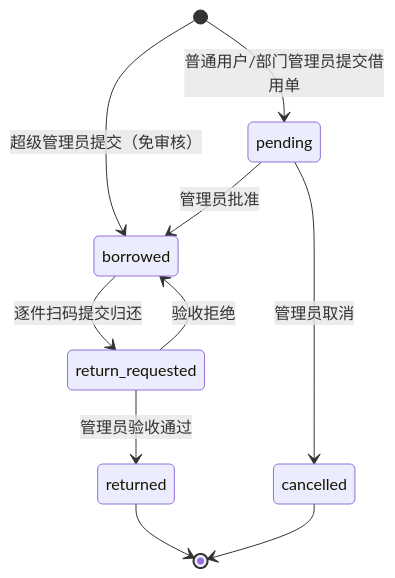
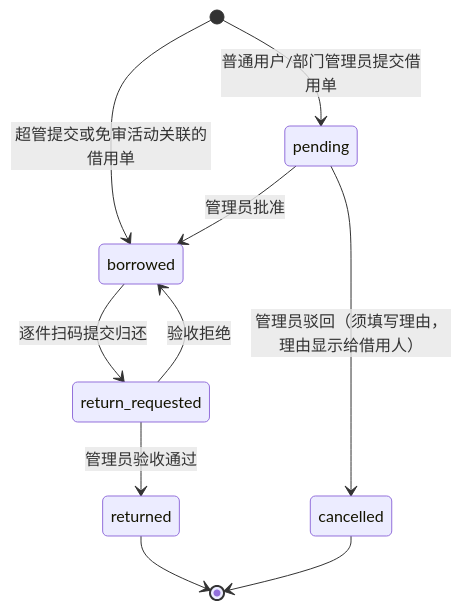
Before and after one commit to LoveZMyself11/513_warehouse_code: the second of 2 diagrams in docs/WORKFLOWS.md, drawn with Mermaid. The commit also changed other lines of this file and 11 other files, not shown here.

````diff
--- a/docs/WORKFLOWS.md
+++ b/docs/WORKFLOWS.md
@@ -72,12 +73,12 @@
 ```mermaid
 stateDiagram-v2
     [*] --> pending: 普通用户/部门管理员提交借用单
-    [*] --> borrowed: 超级管理员提交（免审核）
+    [*] --> borrowed: 超管提交或免审活动关联的借用单
     pending --> borrowed: 管理员批准
-    pending --> cancelled: 管理员取消
+    pending --> cancelled: 管理员驳回（须填写理由，理由显示给借用人）
     borrowed --> return_requested: 逐件扫码提交归还
     return_requested --> returned: 管理员验收通过
     return_requested --> borrowed: 验收拒绝
     returned --> [*]
     cancelled --> [*]
 ```
````
